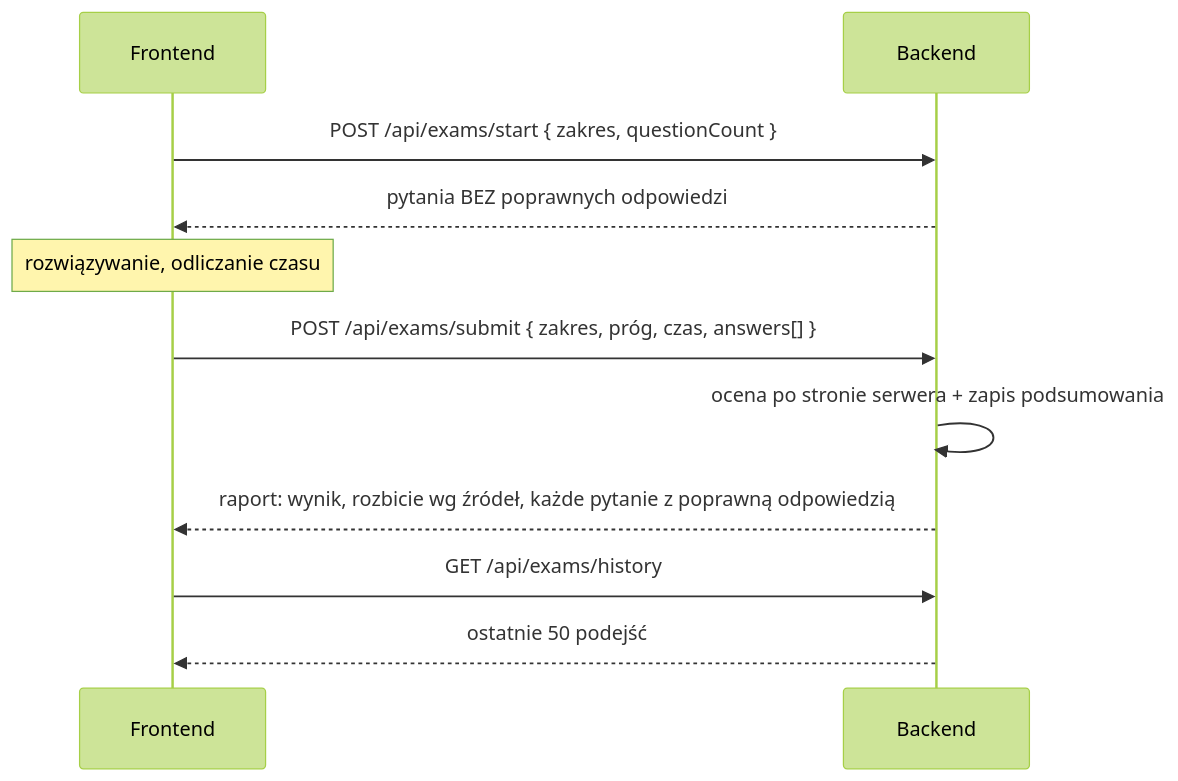
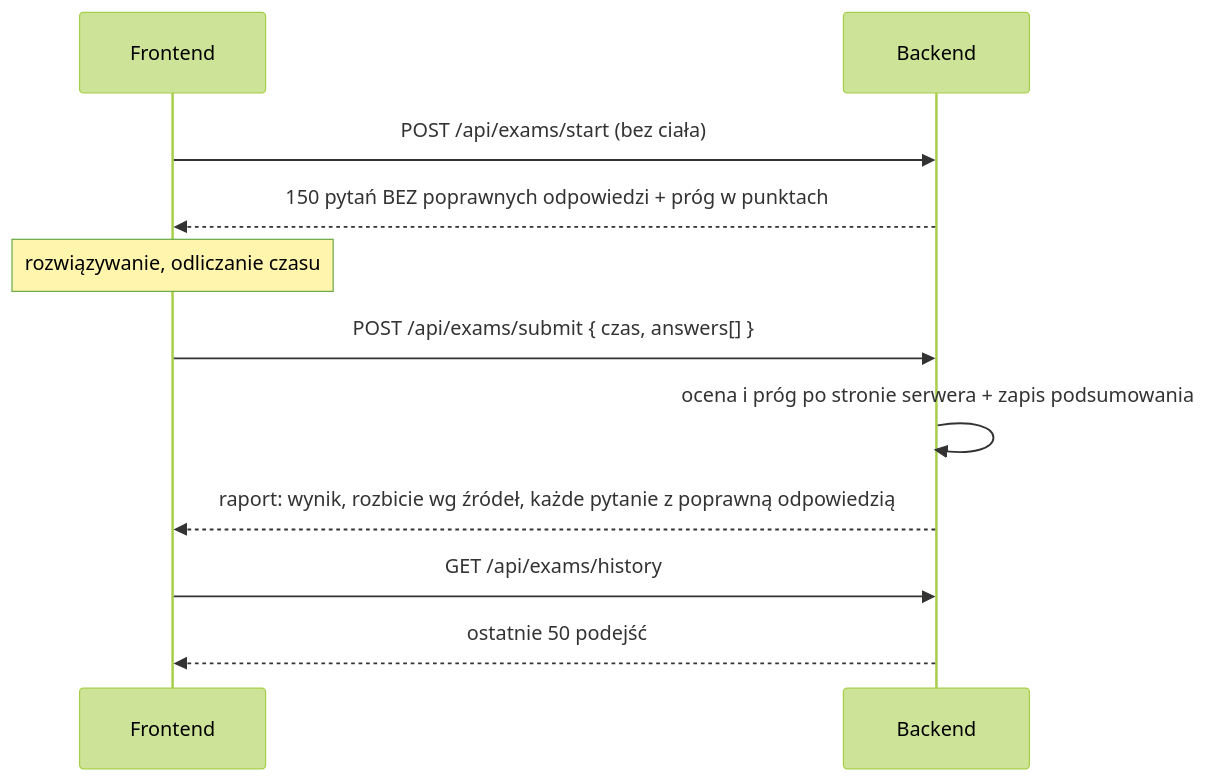
Before and after one commit to YellowHand/tutlaw-backend: the diagram in docs/api/07-egzaminy.md, drawn with Mermaid (forest theme). The commit also changed other lines of this file and 37 other files, not shown here.

````diff
--- a/docs/api/07-egzaminy.md
+++ b/docs/api/07-egzaminy.md
@@ -9,13 +12,13 @@
 ```mermaid
 sequenceDiagram
     participant F as Frontend
     participant B as Backend
-    F->>B: POST /api/exams/start { zakres, questionCount }
-    B-->>F: pytania BEZ poprawnych odpowiedzi
+    F->>B: POST /api/exams/start (bez ciała)
+    B-->>F: 150 pytań BEZ poprawnych odpowiedzi + próg w punktach
     Note over F: rozwiązywanie, odliczanie czasu
-    F->>B: POST /api/exams/submit { zakres, próg, czas, answers[] }
-    B->>B: ocena po stronie serwera + zapis podsumowania
+    F->>B: POST /api/exams/submit { czas, answers[] }
+    B->>B: ocena i próg po stronie serwera + zapis podsumowania
     B-->>F: raport: wynik, rozbicie wg źródeł, każde pytanie z poprawną odpowiedzią
     F->>B: GET /api/exams/history
     B-->>F: ostatnie 50 podejść
 ```
````
